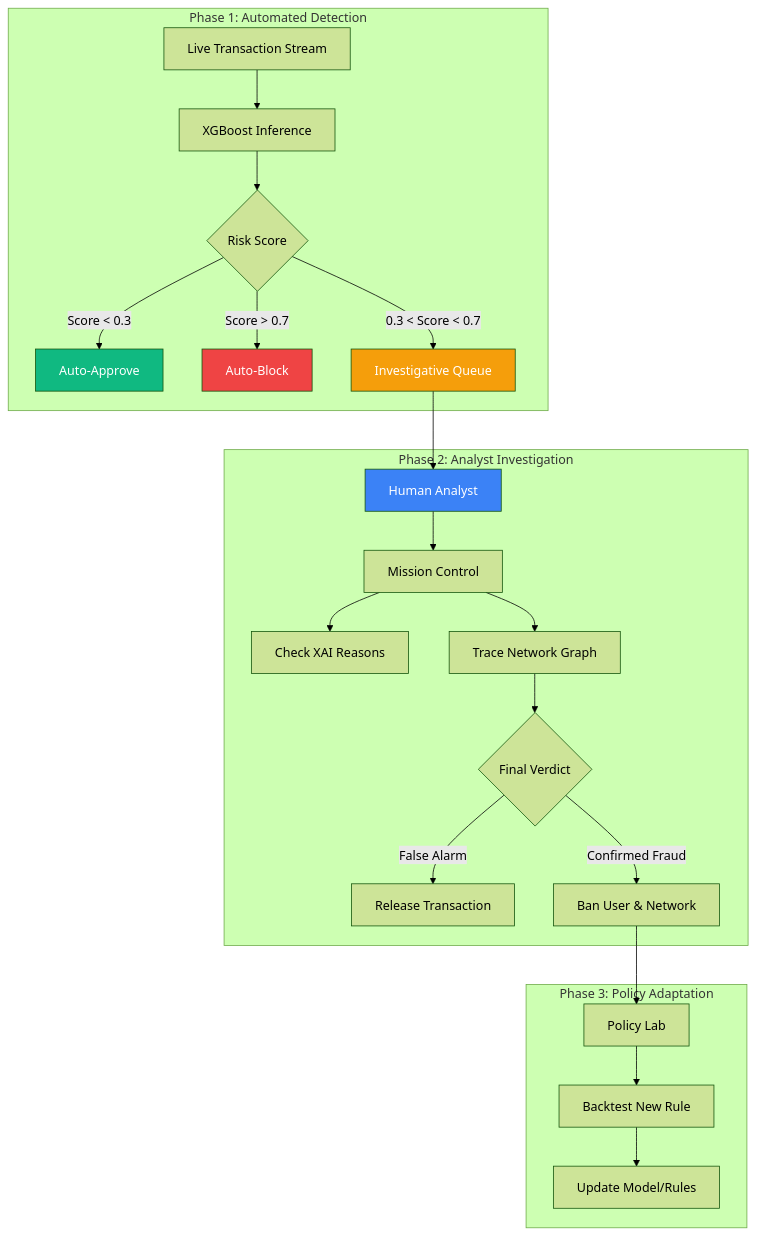
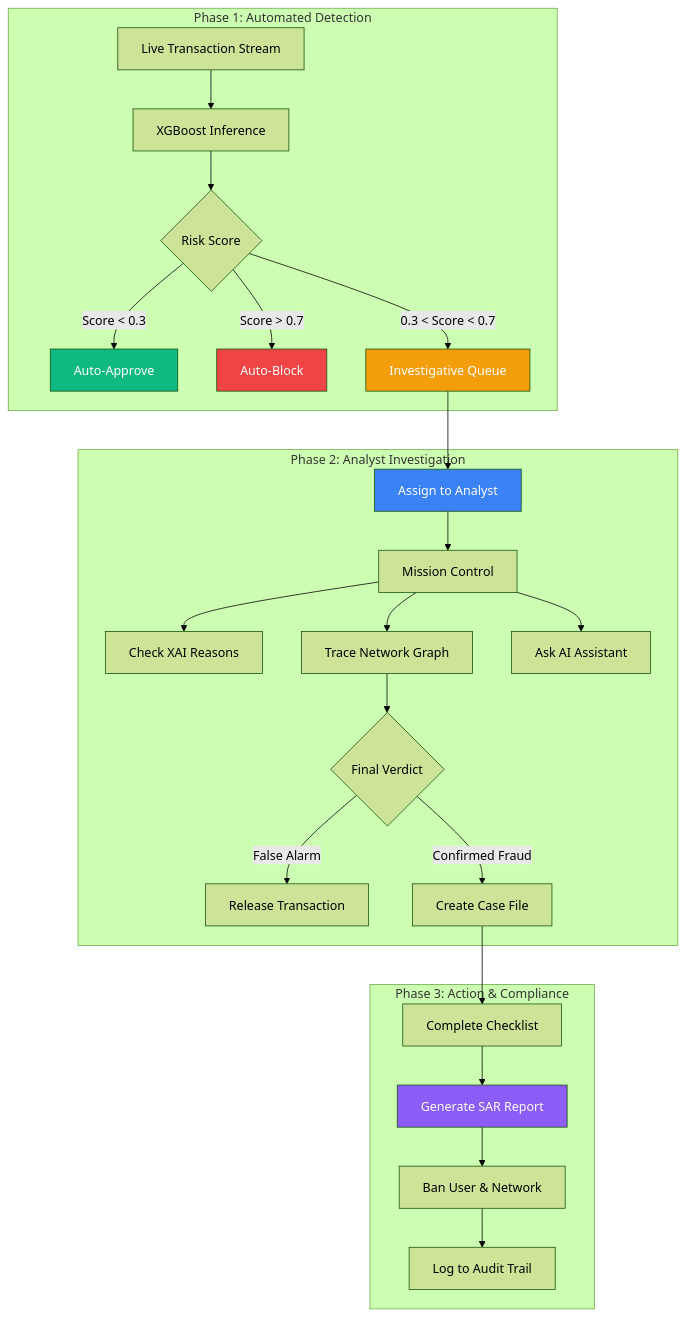
Before and after one commit to rahathasan452/MXB2026-Rajshahi-Clover_crew-CloverShield: the first of 2 diagrams in 02_Solution_Description.md, drawn with Mermaid (forest theme). The commit also changed other lines of this file, not shown here.

Commit message:
docs(solution): Add Case Mgmt, Chatbot, and Compliance sections

````diff
--- a/02_Solution_Description.md
+++ b/02_Solution_Description.md
@@ -37,32 +54,35 @@
 ```mermaid
 flowchart TD
     subgraph "Phase 1: Automated Detection"
         TX[Live Transaction Stream] --> MODEL[XGBoost Inference]
         MODEL --> DECISION{Risk Score}
         DECISION -->|Score < 0.3| PASS[Auto-Approve]
         DECISION -->|Score > 0.7| BLOCK[Auto-Block]
         DECISION -->|0.3 < Score < 0.7| QUEUE[Investigative Queue]
     end
 
     subgraph "Phase 2: Analyst Investigation"
-        QUEUE --> ANALYST[Human Analyst]
-        ANALYST --> DASH[Mission Control]
+        QUEUE --> ASSIGN[Assign to Analyst]
+        ASSIGN --> DASH[Mission Control]
         DASH --> EXPLAIN[Check XAI Reasons]
         DASH --> GRAPH[Trace Network Graph]
+        DASH --> COPILOT[Ask AI Assistant]
         
         GRAPH --> VERDICT{Final Verdict}
         VERDICT -->|False Alarm| RELEASE[Release Transaction]
-        VERDICT -->|Confirmed Fraud| BAN[Ban User & Network]
+        VERDICT -->|Confirmed Fraud| CASE[Create Case File]
     end
 
-    subgraph "Phase 3: Policy Adaptation"
-        BAN --> LAB[Policy Lab]
-        LAB --> TEST[Backtest New Rule]
-        TEST --> DEPLOY[Update Model/Rules]
+    subgraph "Phase 3: Action & Compliance"
+        CASE --> CHECK[Complete Checklist]
+        CHECK --> SAR[Generate SAR Report]
+        SAR --> BAN[Ban User & Network]
+        BAN --> AUDIT[Log to Audit Trail]
     end
     
     style PASS fill:#10b981,color:#fff
     style BLOCK fill:#ef4444,color:#fff
     style QUEUE fill:#f59e0b,color:#fff
-    style ANALYST fill:#3b82f6,color:#fff
+    style ASSIGN fill:#3b82f6,color:#fff
+    style SAR fill:#8b5cf6,color:#fff
 ```
````
